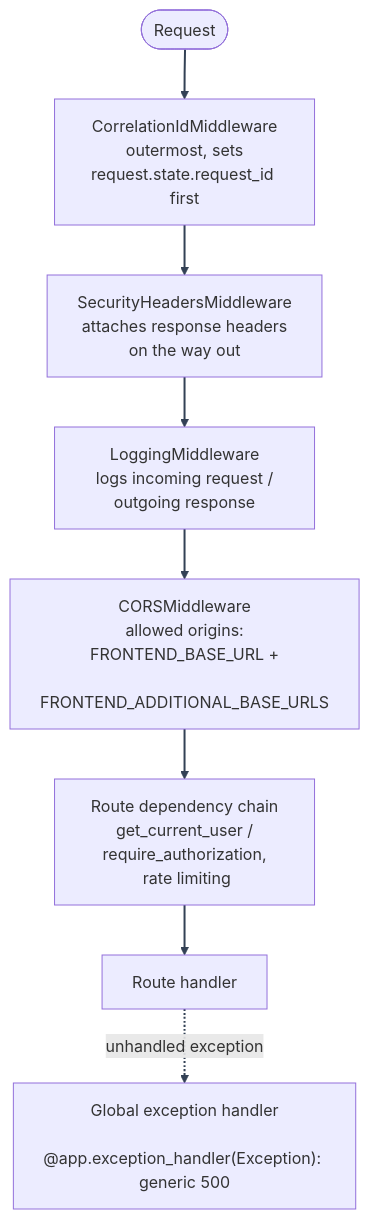
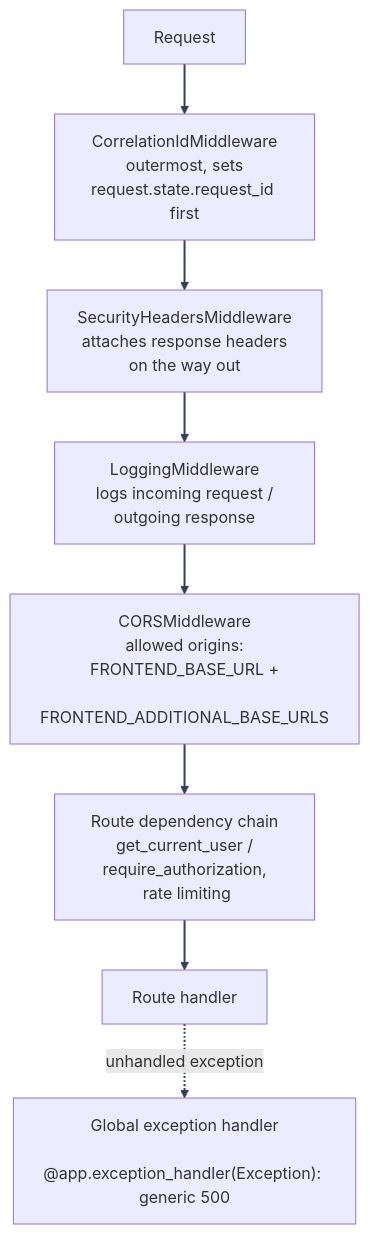
Before and after one commit to Nachiket-2024/mystic-auth: the diagram in docs/mystic_auth/architecture/backend.md, drawn with Mermaid. The commit also changed other lines of this file and 708 other files, not shown here.

````diff
--- a/docs/mystic_auth/architecture/backend.md
+++ b/docs/mystic_auth/architecture/backend.md
@@ -35,16 +35,15 @@
 ```mermaid
 %%{init: {"themeVariables": {"lineColor": "#334155"}} }%%
 flowchart TD
-    Request(["Request"])
-    Correlation["CorrelationIdMiddleware<br/> outermost, sets request.state.request_id first"]
-    Security["SecurityHeadersMiddleware<br/> attaches response headers on the way out"]
-    Logging["LoggingMiddleware<br/> logs incoming request / outgoing response"]
-    Cors["CORSMiddleware<br/> allowed origins: FRONTEND_BASE_URL +<br/> FRONTEND_ADDITIONAL_BASE_URLS"]
-    Deps["Route dependency chain<br/> get_current_user / require_authorization,<br/> rate limiting"]
+    Request["Request"]
+    Correlation["CorrelationIdMiddleware\n outermost, sets request.state.request_id first"]
+    Security["SecurityHeadersMiddleware\n attaches response headers on the way out"]
+    Logging["LoggingMiddleware\n logs incoming request / outgoing response"]
+    Cors["CORSMiddleware\n allowed origins: FRONTEND_BASE_URL +\n FRONTEND_ADDITIONAL_BASE_URLS"]
+    Deps["Route dependency chain\n get_current_user / require_authorization,\n rate limiting"]
     Handler["Route handler"]
-    Error["Global exception handler<br/> @app.exception_handler(Exception): generic 500"]
-
+    Error["Global exception handler\n @app.exception_handler(Exception): generic 500"]
     Request --> Correlation --> Security --> Logging --> Cors --> Deps --> Handler
     Handler -. "unhandled exception" .-> Error
     linkStyle default stroke:#334155,stroke-width:2px
 ```
````
